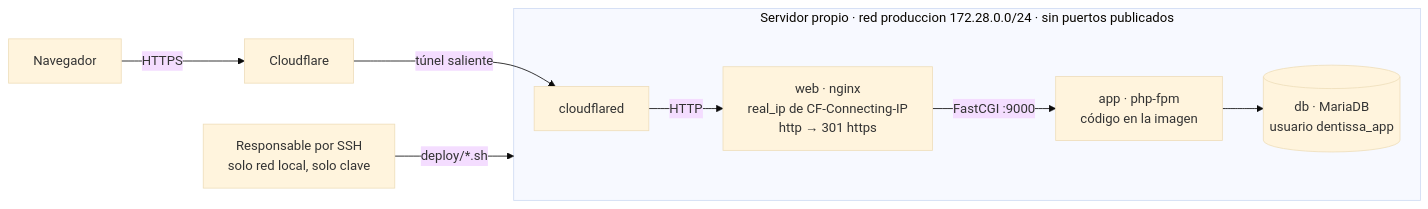
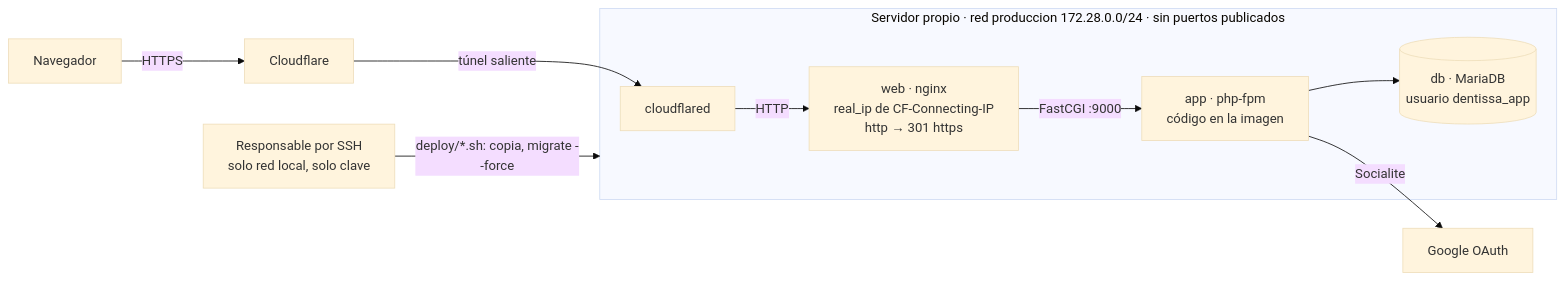
The second of 2 diagrams in docs/architecture.md (gimi34/dentissa), drawn with Mermaid (base theme) before and after one commit. The commit also changed other lines of this file and 12 other files, not shown here.

````diff
--- a/docs/architecture.md
+++ b/docs/architecture.md
@@ -162,11 +176,12 @@
 ```mermaid
 flowchart LR
   U[Navegador] -->|HTTPS| CF[Cloudflare]
   CF -->|túnel saliente| CFD[cloudflared]
   subgraph SRV[Servidor propio · red produccion 172.28.0.0/24 · sin puertos publicados]
     CFD -->|HTTP| WEB[web · nginx<br/>real_ip de CF-Connecting-IP<br/>http → 301 https]
     WEB -->|FastCGI :9000| APPP[app · php-fpm<br/>código en la imagen]
     APPP --> DBP[(db · MariaDB<br/>usuario dentissa_app)]
   end
-  ADM[Responsable por SSH<br/>solo red local, solo clave] -->|deploy/*.sh| SRV
+  APPP -->|Socialite| GO[Google OAuth]
+  ADM[Responsable por SSH<br/>solo red local, solo clave] -->|deploy/*.sh: copia, migrate --force| SRV
 ```
````
